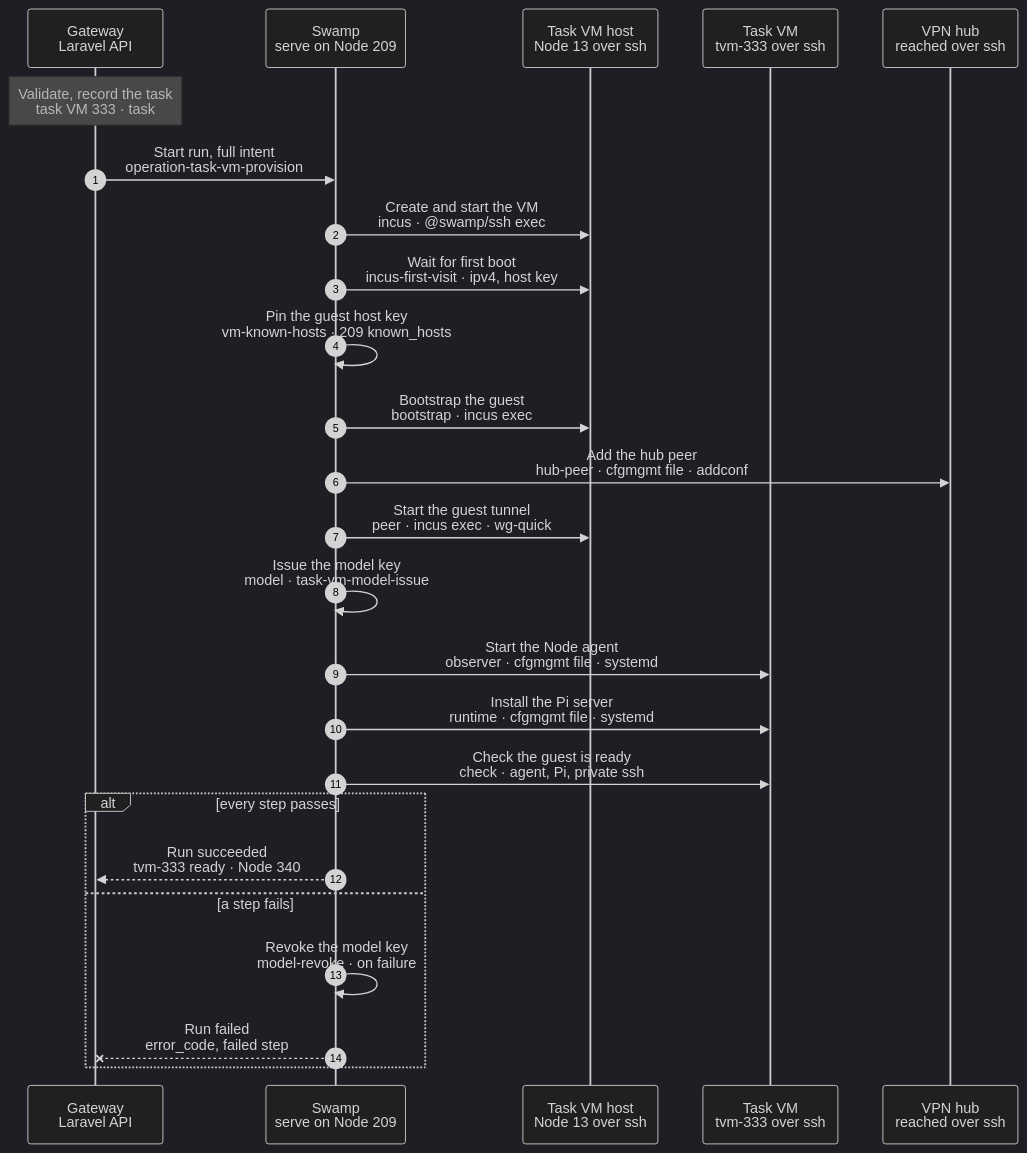
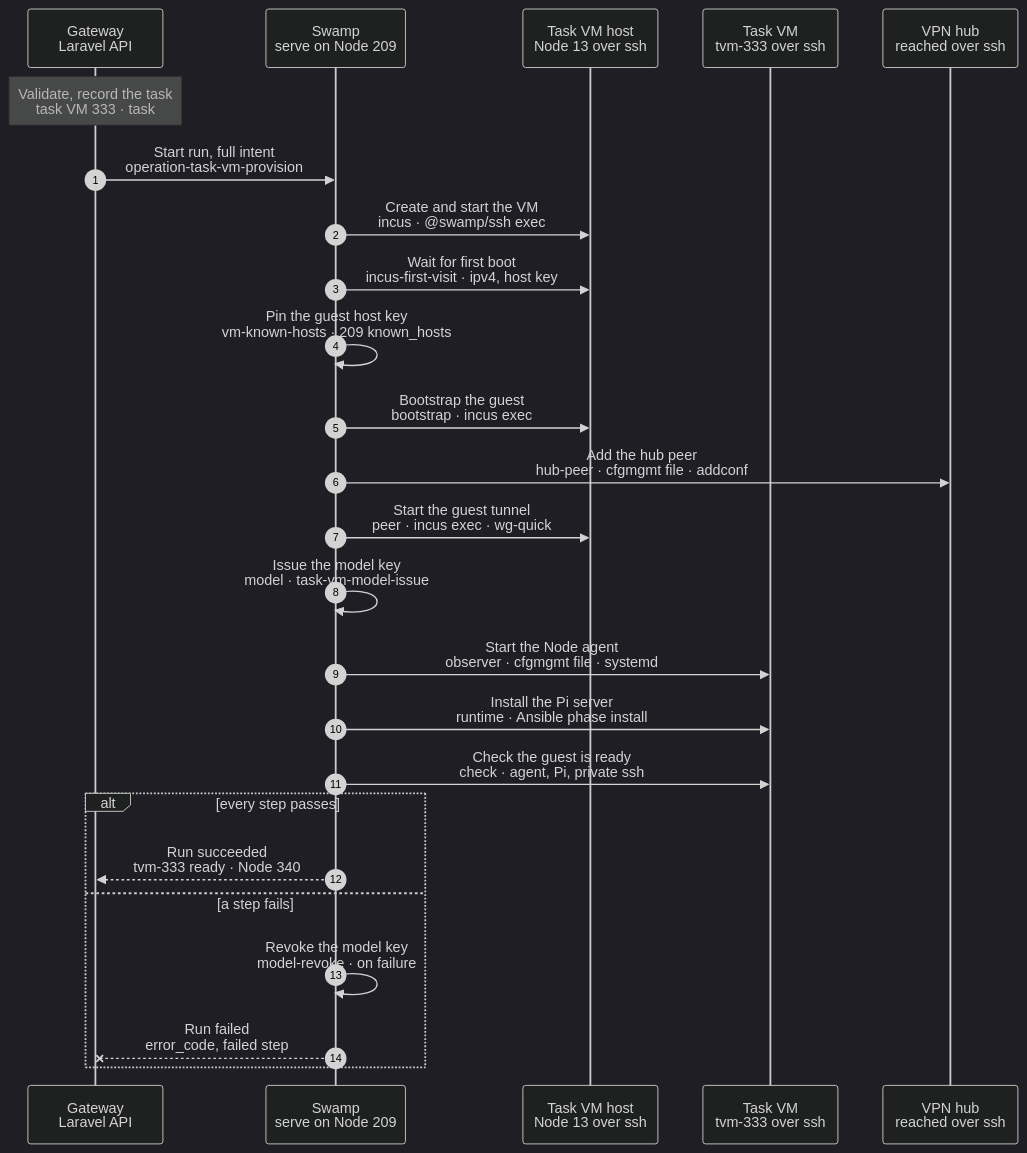
One commit to hardimpactdev/orbit changed the diagram in docs/cli/tasks/vm-provision.mmd. Above: the diagram before and after it, drawn with Mermaid (dark theme). The commit also changed 7 other files, not shown here.

First line of the commit message:
Run the task VM runtime install as Ansible phases

```diff
--- a/docs/cli/tasks/vm-provision.mmd
+++ b/docs/cli/tasks/vm-provision.mmd
@@ -1,125 +1,126 @@
 sequenceDiagram
   %% Target design: swamp/workflows/workflow-operation-task-vm-provision.yaml (+ task-vm-provision, provider-incus, incus-first-visit, enrollment, ssh-prepare, model-issue, runtime children), docs/reference/compute-drivers.md, docs/reference/task-vm-native-provision.md, docs/reference/tasks.md, DECISIONS R1-R4.
   %% Tightened: flow-tighten 2026-11-02, rules 1, 2, 3, 6, 9, 14, 15, 16, 18, 19, 20, 22 (provider, first boot, bootstrap and peer steps merged; no input-check, decode or report steps; cfgmgmt on the pinned guest; one end check).
   %% status: draft
   %% command: none · task VM claim for a task group
   %% kind: task_vm.provision
   autonumber
   %% lane GW icon=gateway pill=intent tone=blue
   %% lane SW icon=workflow pill=executes tone=green
   %% lane H icon=server pill=target tone=amber
   %% lane VM icon=server pill=target tone=purple
   %% lane HUB icon=server pill=target tone=purple
   participant GW as Gateway<br/>Laravel API
   participant SW as Swamp<br/>serve on Node 209
   participant H as Task VM host<br/>Node 13 over ssh
   participant VM as Task VM<br/>tvm-333 over ssh
   participant HUB as VPN hub<br/>reached over ssh
   Note over GW: Validate, record the task<br/>task VM 333 · task #5181 · Node 13
   %%> Started by:
   %%> - `AllocateTaskVmAction`, when a task group claims a VM; there is no CLI command
   %%> - an owning Task parent captures the same intent and runs these steps in its own run
   %%> Requirements:
   %%> - task VM 333 is `provisioning`, with its Placement on Node 13 and the promoted recipe image
   %%> - no other task holds `task_vm:333`; a repeated admission returns the same open task
   %%> Result:
   %%> - task #5181 records the full intent: provider, host, image, size, guest Node 340, hub peer file, observer files, Pi Process and model key record
   %%> - vault copies for the model key, Pi token, Pi models and provider bootstrap; the intent holds only their vault key names
   GW->>SW: Start run, full intent<br/>operation-task-vm-provision
   %%> What it does:
   %%> - starts one Swamp run on serve (Node 209)
   %%> Inputs:
   %%> - `operation_id`, `node_id`, `kind`, the intent and `execution_secrets` as vault key names
   %%> - the input schema validates the intent; no `eligible` assert or `provider-plan` decode step re-checks it
   SW->>H: Create and start the VM<br/>incus · @swamp/ssh exec
   %%> What it does:
   %%> - one `incus launch` argv on Node 13 creates and starts `tvm-333` from the admitted image, with its metadata and the read-only package cache
   %%> - a `guard` skips it when `tvm-333` already runs the admitted image, so a resumed run allocates no second VM
   %%> - a topology group clones its seed volume in the same step
   %%> Per provider:
   %%> - UpCloud overflow: the `cloud` step creates the labelled server through the API from 209, with the token from the vault
   %%> Replaces:
   %%> - `observe-vm`, `plan`, `observe-seed`, `seed-plan`, `clone-seed`, `seed-ready`, `initialize-vm`, `read-metadata`, `metadata`, `write-metadata`, `start-vm`, `inspect-created-vm` and `provider`
   SW->>H: Wait for first boot<br/>incus-first-visit · ipv4, host key
   %%> What it does:
   %%> - one bounded argv: `incus wait tvm-333 ipv4 --timeout 120`, then `cloud-init status --wait`, then prints the guest's public SSH host key
   %%> Why:
   %%> - the provider observation is the trusted source of the guest's host key
   %%> Replaces:
   %%> - `guest-available`, `cloud-init`, `guest-key` and the `guest` decode step
   SW->>SW: Pin the guest host key<br/>vm-known-hosts · 209 known_hosts
   %%> What it does:
   %%> - replaces any entry for the guest's address in the 209 worker's `known_hosts` with the observed key
   %%> Why:
   %%> - official cfgmgmt takes no pinned key and task VMs reuse addresses; without this, a stale entry fails every cfgmgmt step
   %%> Held open:
   %%> - a 209 shell step until cfgmgmt accepts a pinned host key
   SW->>H: Bootstrap the guest<br/>bootstrap · incus exec
   %%> What it does:
   %%> - through `incus exec` on Node 13: the managed account, 209's authorized key, passwordless sudo, sshd with TCP 22 only from 209's WireGuard address, the firewall rules that also let 209 and the Gateway reach Pi on TCP 3774, and a new WireGuard key whose public half it prints
   %%> - each phase is one argv the Gateway rendered; no step reads bootstrap assets
   %%> Replaces:
   %%> - the five `bootstrap-*` exec and `-assets` pairs, `peer-key-command`, `peer-key` and the `ssh-prepare` child
   %%> - `package`: the recipe image ships `openssh-server` (rule 2)
   SW->>HUB: Add the hub peer<br/>hub-peer · cfgmgmt file · addconf
   %%> What it does:
   %%> - `@swamp/cfgmgmt/file` writes `orbit-peers.d/340.conf` on the hub, then `wg addconf orbit` loads only that peer
   %%> Why:
   %%> - no other peer changes, so overlapping enrollments never drop each other
   SW->>H: Start the guest tunnel<br/>peer · incus exec · wg-quick
   %%> What it does:
   %%> - writes the guest's `orbit.conf` and DNS marker, then `systemctl enable --now wg-quick@orbit`
   %%> - from here Swamp reaches tvm-333 directly over WireGuard
   %%> Replaces:
   %%> - `peer-publish-command`, `peer-enable`, `peer-start` and `peer-dns-command`
   SW->>SW: Issue the model key<br/>model · task-vm-model-issue
   %%> What it does:
   %%> - adds VM 333's model key on the model router from 209 and confirms the anchor key stays
   %%> - two Ansible phases on 209, `anchor` and `issue`: HTTPS calls to the router, no script
   %%> When:
   %%> - in parallel from the start of the run; it touches no guest (rule 18)
   %%> Held open:
   %%> - one 209 script until an official HTTP behavior covers the router API; seven steps become one
   SW->>VM: Start the Node agent<br/>observer · cfgmgmt file · systemd
   %%> What it does:
   %%> - `@swamp/cfgmgmt/file` writes the agent identity, `config.toml` and `ca.pem`; `@swamp/cfgmgmt/systemd` installs and starts `orbit-agent`
   %%> - today the steps are `observer-group` (one `groupadd -f --system orbit-env` argv, since the unit names that group) and `observer-unit`
   %%> - `observer-identity-create` makes the secret with `openssl rand -hex`, and `observer-identity-trim` cuts the file to its 64 characters, because the agent trims the file and the Gateway checks `sha256` of the trimmed value; `observer-identity` records that digest
   %%> - the Gateway makes the agent secret at admission, as for `node:add`, and keeps its hash; `observer-identity-create` writes the vault copy `agent-secret-node-<id>` on stdin of one `install` (0600, no newline), and `observer-identity` proves the file hashes to that value
   %%> - runs beside the Pi install
   %%> Replaces:
   %%> - `observer-identity`, `observer-configuration`, `observer-ca`, `observer-unit`, `observer-reload` and `observer-start` (inline Python writes)
-  SW->>VM: Install the Pi server<br/>runtime · cfgmgmt file · systemd
+  SW->>VM: Install the Pi server<br/>runtime · Ansible phase install
   %%> What it does:
-  %%> - checks the pinned Pi build's digest on 209, then copies it to the guest
-  %%> - `@swamp/cfgmgmt/file` writes the Orbit root, Pi models and the Pi token from `vault.get` as 0600 files; `@swamp/cfgmgmt/systemd` installs and starts `pi-server`
-  %%> - removes the staged build on a best-effort basis
+  %%> - fetches the pinned Pi build to 209 and checks its digest there
+  %%> - one Ansible phase, `install`, over SSH with the pinned guest host key: copies the build, writes the Orbit root, the Pi models and the Pi token (0600, from `vault.get` through the environment, `no_log`), installs the unit, and restarts `pi-server` only when a file changed
+  %%> - the run folder, with the staged build, is removed in a last job
+  %%> - not `@swamp/cfgmgmt`: it cannot pin a host key toward a task VM
   %%> Replaces:
   %%> - the eleven `task-vm-runtime` steps and its `result` step
   SW->>VM: Check the guest is ready<br/>check · agent, Pi, private ssh
   %%> What it does:
   %%> - one pinned exec over WireGuard collects `orbit-agent` and `pi-server` state and the Pi capabilities on the bind address; Swamp's `assert` checks them
   %%> Replaces:
   %%> - `verify`, `Check the Pi service`, `Probe the Pi server`, `receipt`, both `result` steps and the root `result` print (rules 9, 14)
   alt every step passes
     SW-->>GW: Run succeeded<br/>tvm-333 ready · Node 340
     %%> How the Gateway learns it:
     %%> - its run reader sees the terminal event and reads the `check` step's outputs
     %%> Result:
     %%> - records the guest host key with `RecordNodeSshHostKeyAction`, the WireGuard key, observer identity and the `pi-server` Process
     %%> - task VM 333 is `ready`; task #5181 succeeds
   else a step fails
     SW->>SW: Revoke the model key<br/>model-revoke · on failure
     %%> When:
     %%> - `dependsOn` the failed step with condition `failed` (rule 19)
     %%> What it does:
     %%> - revokes any issued model key; for UpCloud, `cloud-prefix-rollback` also deletes the unready server
     %%> On the Node:
     %%> - the Incus VM and a published hub peer stay for diagnosis; the next hub convergence drops the peer
     SW--xGW: Run failed<br/>error_code, failed step
     %%> Result:
     %%> - task #5181 fails; task VM 333 is `failed` with the error and keeps its cleanup intent
     %%> - the group asks for assistance; `tasks:cancel` destroys the VM
     %%> Retry:
     %%> - the guards skip finished work on a resumed run
   end
```
